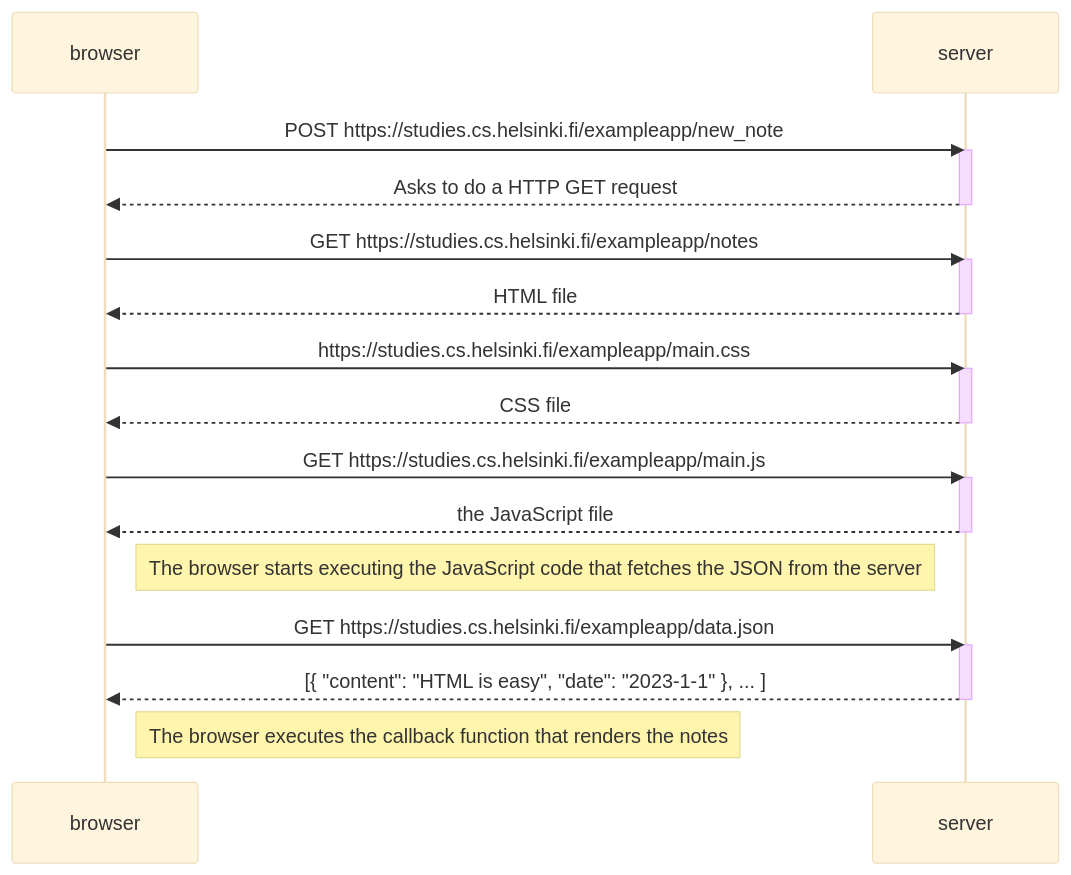
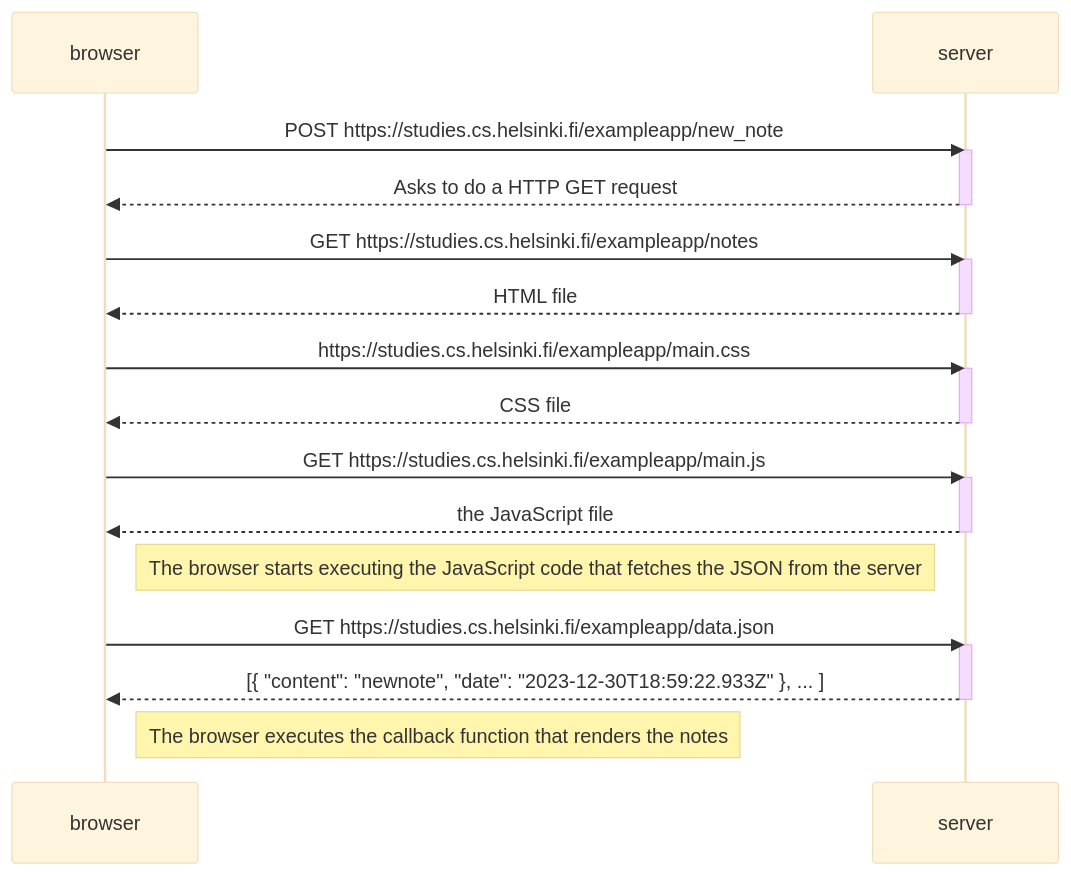
The diagram in part0/newnotediagram/newnotediagram.md (lazingbird/fullstack-open), drawn with Mermaid (base theme) before and after one commit.

````diff
--- a/part0/newnotediagram/newnotediagram.md
+++ b/part0/newnotediagram/newnotediagram.md
@@ -1,34 +1,34 @@
 ```mermaid
 sequenceDiagram
     participant browser
     participant server
 
     browser->>server: POST https://studies.cs.helsinki.fi/exampleapp/new_note
     activate server
     server-->>browser: Asks to do a HTTP GET request
     deactivate server
 
     browser->>server: GET https://studies.cs.helsinki.fi/exampleapp/notes
     activate server
     server-->>browser: HTML file
     deactivate server
 
     browser->>server: https://studies.cs.helsinki.fi/exampleapp/main.css
     activate server
     server-->>browser: CSS file
     deactivate server
 
     browser->>server: GET https://studies.cs.helsinki.fi/exampleapp/main.js
     activate server
     server-->>browser: the JavaScript file
     deactivate server
 
     Note right of browser: The browser starts executing the JavaScript code that fetches the JSON from the server
 
     browser->>server: GET https://studies.cs.helsinki.fi/exampleapp/data.json
     activate server
-    server-->>browser: [{ "content": "HTML is easy", "date": "2023-1-1" }, ... ]
+    server-->>browser: [{ "content": "newnote", "date": "2023-12-30T18:59:22.933Z" }, ... ]
     deactivate server
 
     Note right of browser: The browser executes the callback function that renders the notes
 ```
````
